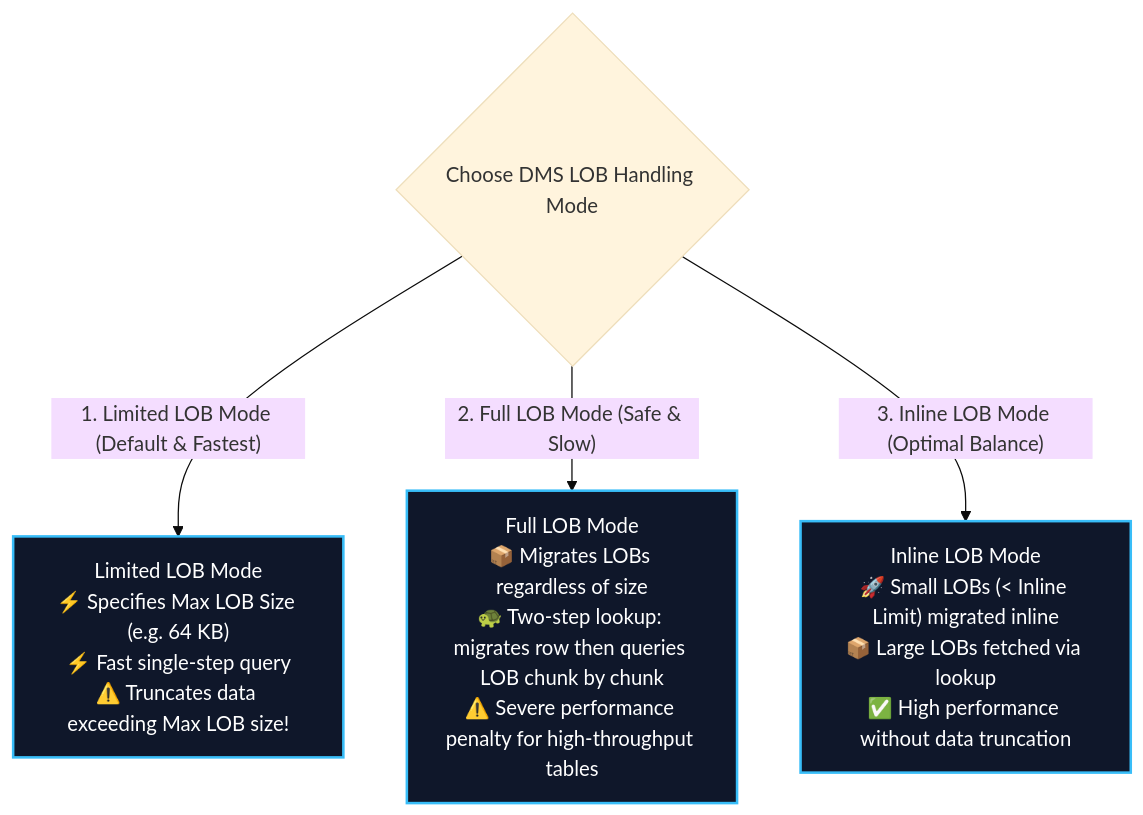
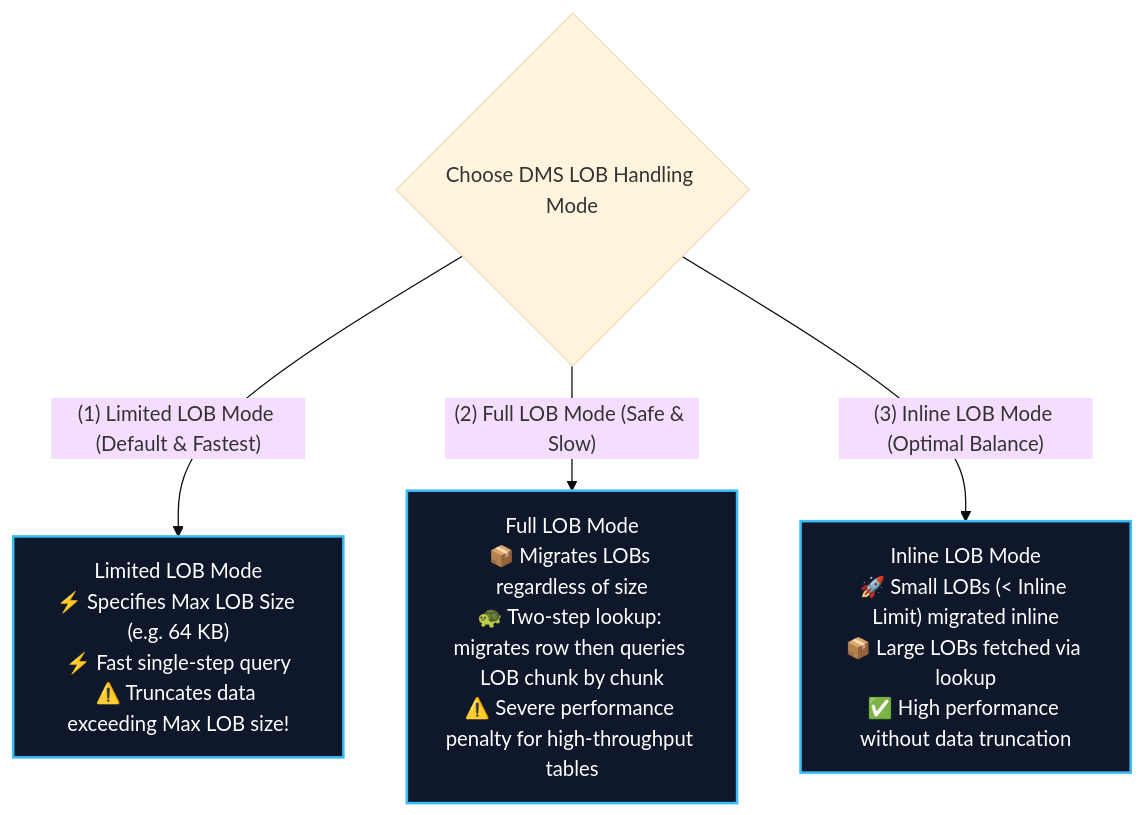
Before and after one commit to Wathon/aws-dea-c01-note: the seventh of 8 diagrams in content/02-services/migration/dms-and-sct.md, drawn with Mermaid (base theme). The commit also changed other lines of this file and 19 other files, not shown here.

Commit message:
fix(mermaid): resolve 'Unsupported markdown: list' rendering issues across all diagram node and edge labels

````diff
--- a/content/02-services/migration/dms-and-sct.md
+++ b/content/02-services/migration/dms-and-sct.md
@@ -315,13 +315,13 @@
 ```mermaid
 graph TD
     LOBDecision{Choose DMS LOB Handling Mode}
 
-    LOBDecision -->|"1. Limited LOB Mode (Default & Fastest)"| LimLOB["Limited LOB Mode<br/>⚡ Specifies Max LOB Size (e.g. 64 KB)<br/>⚡ Fast single-step query<br/>⚠️ Truncates data exceeding Max LOB size!"]
+    LOBDecision -->|"(1) Limited LOB Mode (Default & Fastest)"| LimLOB["Limited LOB Mode<br/>⚡ Specifies Max LOB Size (e.g. 64 KB)<br/>⚡ Fast single-step query<br/>⚠️ Truncates data exceeding Max LOB size!"]
     
-    LOBDecision -->|"2. Full LOB Mode (Safe & Slow)"| FullLOB["Full LOB Mode<br/>📦 Migrates LOBs regardless of size<br/>🐢 Two-step lookup: migrates row then queries LOB chunk by chunk<br/>⚠️ Severe performance penalty for high-throughput tables"]
+    LOBDecision -->|"(2) Full LOB Mode (Safe & Slow)"| FullLOB["Full LOB Mode<br/>📦 Migrates LOBs regardless of size<br/>🐢 Two-step lookup: migrates row then queries LOB chunk by chunk<br/>⚠️ Severe performance penalty for high-throughput tables"]
 
-    LOBDecision -->|"3. Inline LOB Mode (Optimal Balance)"| InlineLOB["Inline LOB Mode<br/>🚀 Small LOBs (< Inline Limit) migrated inline<br/>📦 Large LOBs fetched via lookup<br/>✅ High performance without data truncation"]
+    LOBDecision -->|"(3) Inline LOB Mode (Optimal Balance)"| InlineLOB["Inline LOB Mode<br/>🚀 Small LOBs (< Inline Limit) migrated inline<br/>📦 Large LOBs fetched via lookup<br/>✅ High performance without data truncation"]
 
     classDef mode fill:#0f172a,stroke:#38bdf8,stroke-width:2px,color:#fff;
     class LimLOB,FullLOB,InlineLOB mode;
 ```
````
